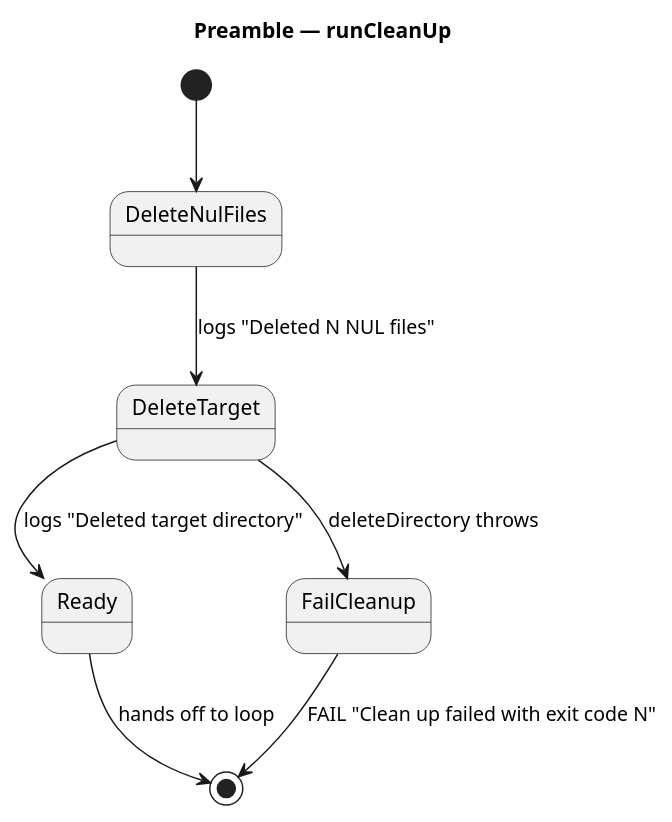
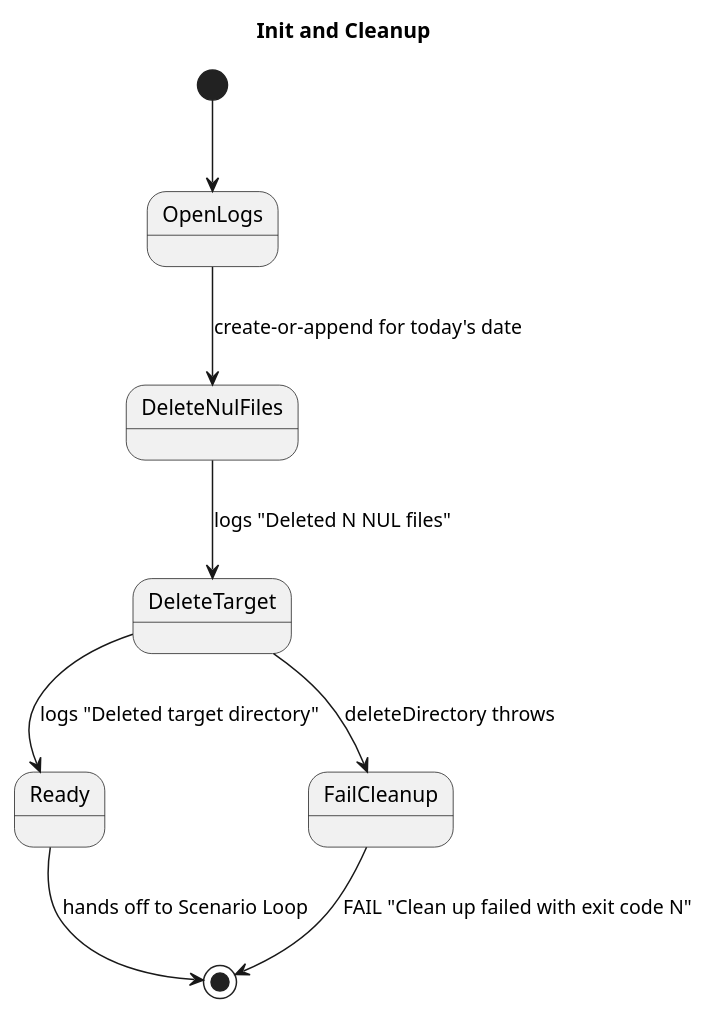
One commit to farhan5248/sheep-dog-qa changed the third of 11 diagrams in sheep-dog-features/src/test/resources/asciidoc/specs/Darmok/model.md. Above: the diagram before and after it, drawn with PlantUML. The commit also changed other lines of this file and 17 other files, not shown here.

````diff
--- a/sheep-dog-features/src/test/resources/asciidoc/specs/Darmok/model.md
+++ b/sheep-dog-features/src/test/resources/asciidoc/specs/Darmok/model.md
@@ -95,13 +106,14 @@
 ```plantuml
 @startuml
-title Preamble — runCleanUp
+title Init and Cleanup
 
-[*] --> DeleteNulFiles
+[*] --> OpenLogs
+OpenLogs --> DeleteNulFiles : create-or-append for today's date
 DeleteNulFiles --> DeleteTarget : logs "Deleted N NUL files"
 DeleteTarget   --> Ready        : logs "Deleted target directory"
 DeleteTarget   --> FailCleanup  : deleteDirectory throws
 FailCleanup --> [*] : FAIL "Clean up failed with exit code N"
-Ready       --> [*] : hands off to loop
+Ready       --> [*] : hands off to Scenario Loop
 
 @enduml
 ```
````
